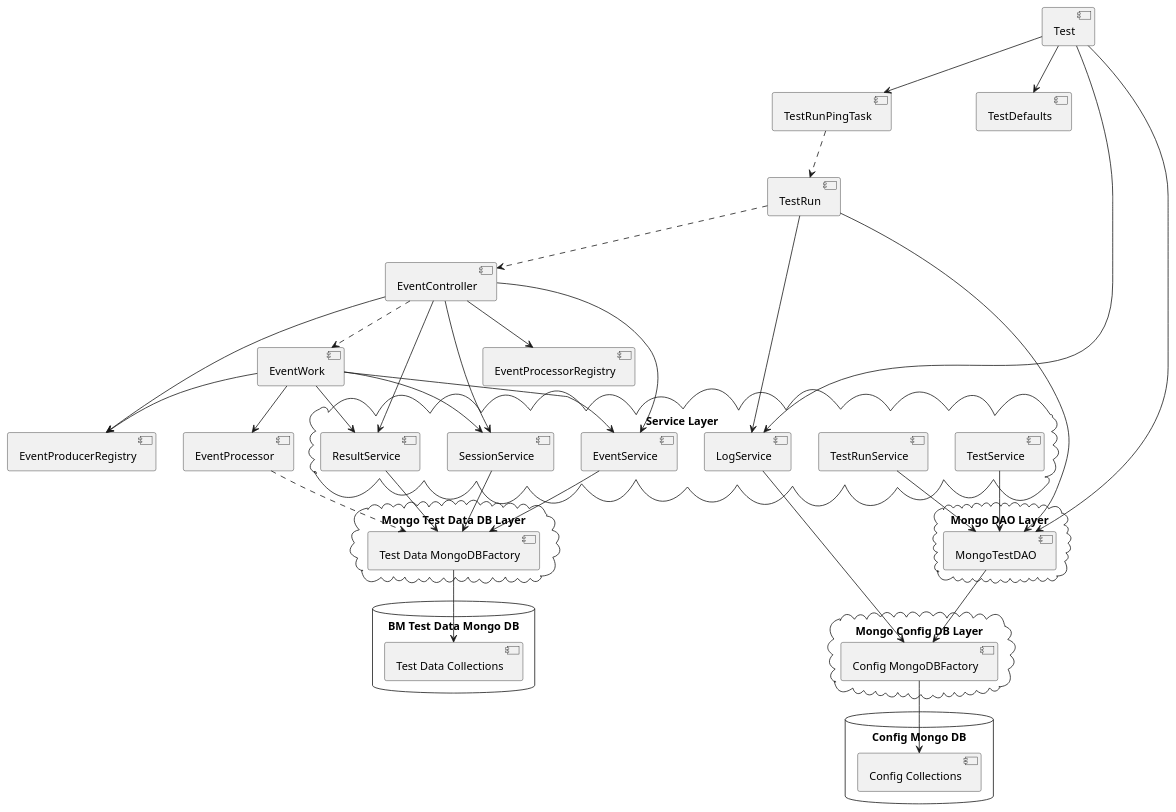
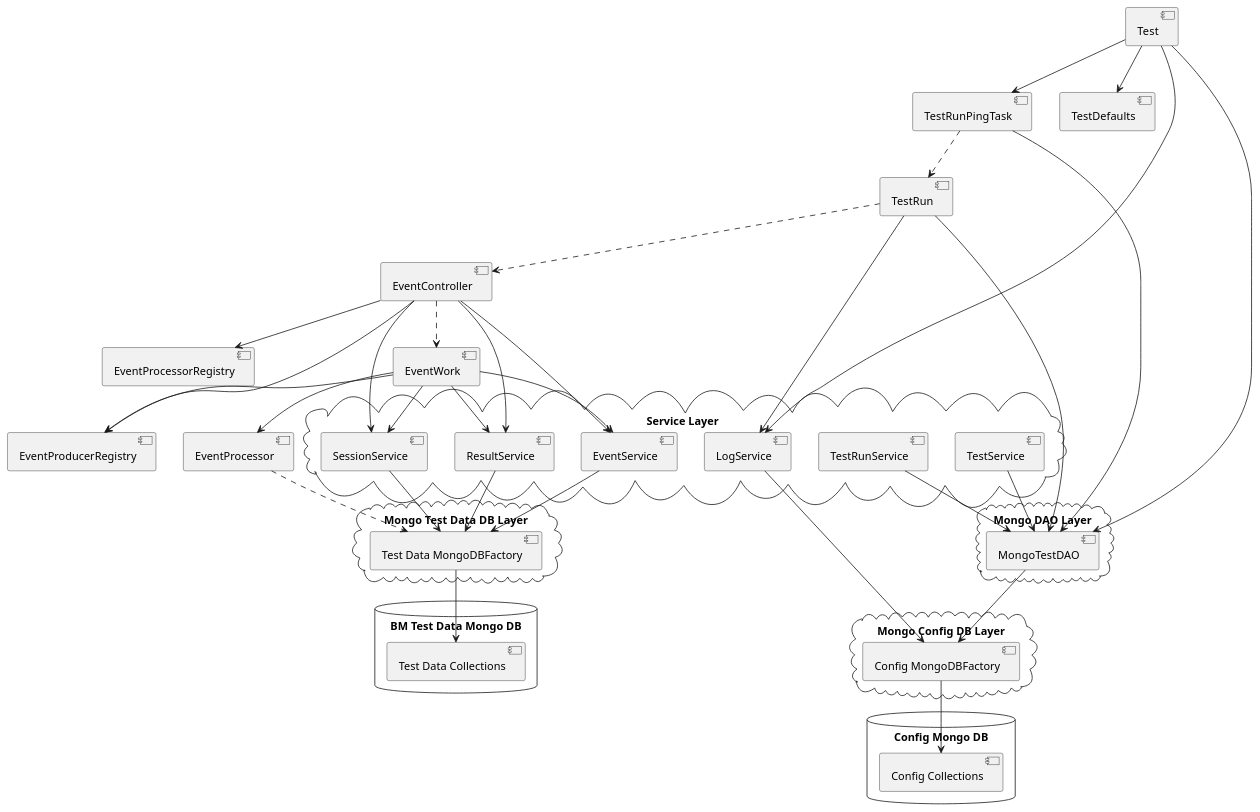
The diagram in docs/bm-driver/bm-driver_component.puml (Alfresco/alfresco-bm-manager), drawn with PlantUML before and after one commit. The commit also changed 6 other files, not shown here.

```diff
--- a/docs/bm-driver/bm-driver_component.puml
+++ b/docs/bm-driver/bm-driver_component.puml
@@ -1,90 +1,91 @@
 @startuml
 
 
 cloud "Service Layer"{
     [TestService]
     [LogService]
     [EventService]
     [SessionService]
     [ResultService]
     [TestRunService]
 }
 
 [EventController]
 
 [Test]
 
 [TestRunPingTask]
 
 [TestRun]
 
 [EventWork]
 
 [EventProcessor]
 
 [EventProducerRegistry]
 [EventProcessorRegistry]
 
 [TestDefaults]
 
 cloud "Mongo DAO Layer"{
     [MongoTestDAO]
 }
 
 cloud "Mongo Config DB Layer"{
     [Config MongoDBFactory]
 }
 
 cloud "Mongo Test Data DB Layer"{
     [Test Data MongoDBFactory]
 }
 
 database "Config Mongo DB" {
     [Config Collections]
 }
 
 database "BM Test Data Mongo DB" {
     [Test Data Collections]
 }
 
 
 [TestService] --> [MongoTestDAO]
 
 [Config MongoDBFactory] --> [Config Collections]
 [Test Data MongoDBFactory] --> [Test Data Collections]
 
 [LogService] --> [Config MongoDBFactory]
 [MongoTestDAO] --> [Config MongoDBFactory]
 
 [EventService] --> [Test Data MongoDBFactory]
 [SessionService] --> [Test Data MongoDBFactory]
 [ResultService] --> [Test Data MongoDBFactory]
 
 
 [Test] --> [LogService]
 [Test] --> [MongoTestDAO]
 [Test] --> [TestRunPingTask]
 [Test] --> [TestDefaults]
 
 [TestRunPingTask] ..> [TestRun]
+[TestRunPingTask] --> [MongoTestDAO]
 
 [TestRun] --> [MongoTestDAO]
 [TestRun] --> [LogService]
 [TestRun] ..> [EventController]
 
 [EventController] --> [EventProcessorRegistry]
 [EventController] --> [EventProducerRegistry]
 [EventController] --> [EventService]
 [EventController] --> [ResultService]
 [EventController] --> [SessionService]
 [EventController] ..> [EventWork]
 
 [EventWork] --> [EventProcessor]
 [EventWork] --> [EventProducerRegistry]
 [EventWork] --> [EventService]
 [EventWork] --> [ResultService]
 [EventWork] --> [SessionService]
 
 [TestRunService] --> [MongoTestDAO]
 [EventProcessor] ..> [Test Data MongoDBFactory]
 @enduml
```
